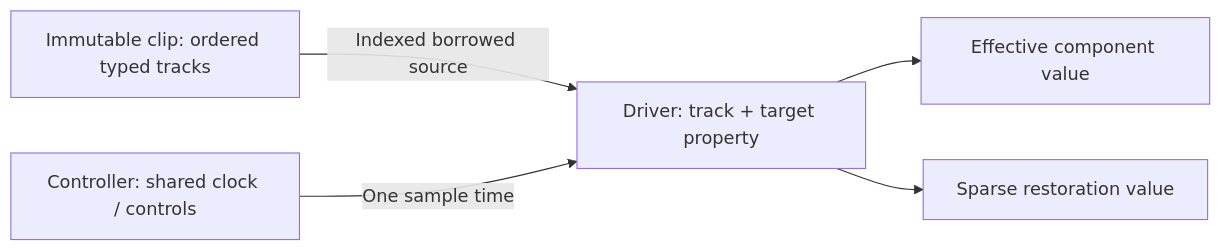
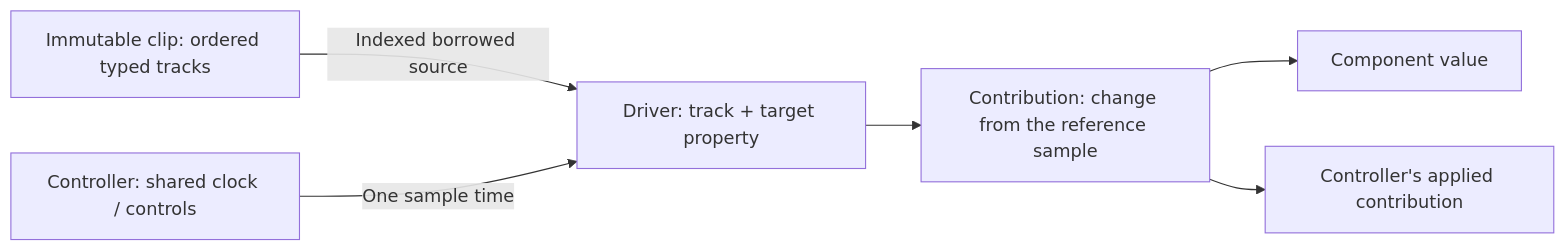
Before and after one commit to rubber-duck/ipp: the first of 2 diagrams in docs/development/animation.md, drawn with Mermaid. The commit also changed other lines of this file and 1098 other files, not shown here.

````diff
--- a/docs/development/animation.md
+++ b/docs/development/animation.md
@@ -13,7 +13,8 @@
 ```mermaid
 flowchart LR
     clip["Immutable clip: ordered typed tracks"] -->|"Indexed borrowed source"| driver["Driver: track + target property"]
     clock["Controller: shared clock / controls"] -->|"One sample time"| driver
-    driver --> value["Effective component value"]
-    driver --> original["Sparse restoration value"]
+    driver --> contribution["Contribution: change from the reference sample"]
+    contribution --> value["Component value"]
+    contribution --> applied["Controller's applied contribution"]
 ```
````
